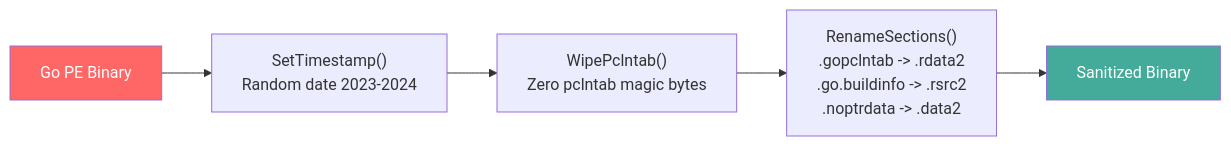
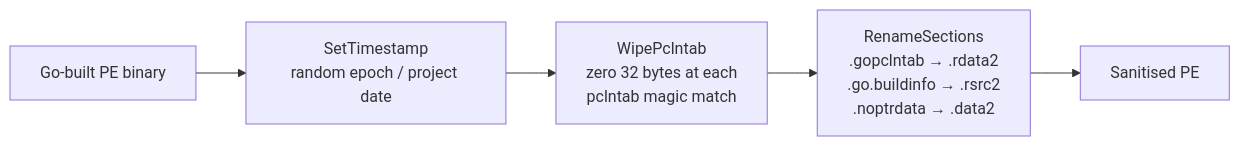
Before and after one commit to oioio-space/maldev: the diagram in docs/techniques/pe/strip-sanitize.md, drawn with Mermaid. The commit also changed other lines of this file and 7 other files, not shown here.

````diff
--- a/docs/techniques/pe/strip-sanitize.md
+++ b/docs/techniques/pe/strip-sanitize.md
@@ -22,10 +37,7 @@
 ```mermaid
 flowchart LR
-    INPUT["Go PE Binary"] --> TS["SetTimestamp()\nRandom date 2023-2024"]
-    TS --> PCLNTAB["WipePclntab()\nZero pclntab magic bytes"]
-    PCLNTAB --> RENAME["RenameSections()\n.gopclntab -> .rdata2\n.go.buildinfo -> .rsrc2\n.noptrdata -> .data2"]
-    RENAME --> OUTPUT["Sanitized Binary"]
-
-    style INPUT fill:#f66,color:#fff
-    style OUTPUT fill:#4a9,color:#fff
+    INPUT[Go-built PE binary] --> TS[SetTimestamp<br/>random epoch / project date]
+    TS --> PCL[WipePclntab<br/>zero 32 bytes at each<br/>pclntab magic match]
+    PCL --> RN[RenameSections<br/>.gopclntab → .rdata2<br/>.go.buildinfo → .rsrc2<br/>.noptrdata → .data2]
+    RN --> OUT[Sanitised PE]
 ```
````
